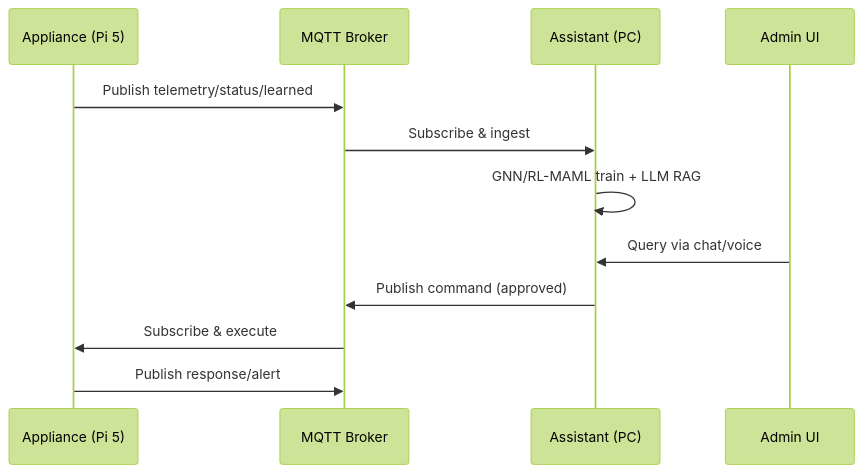
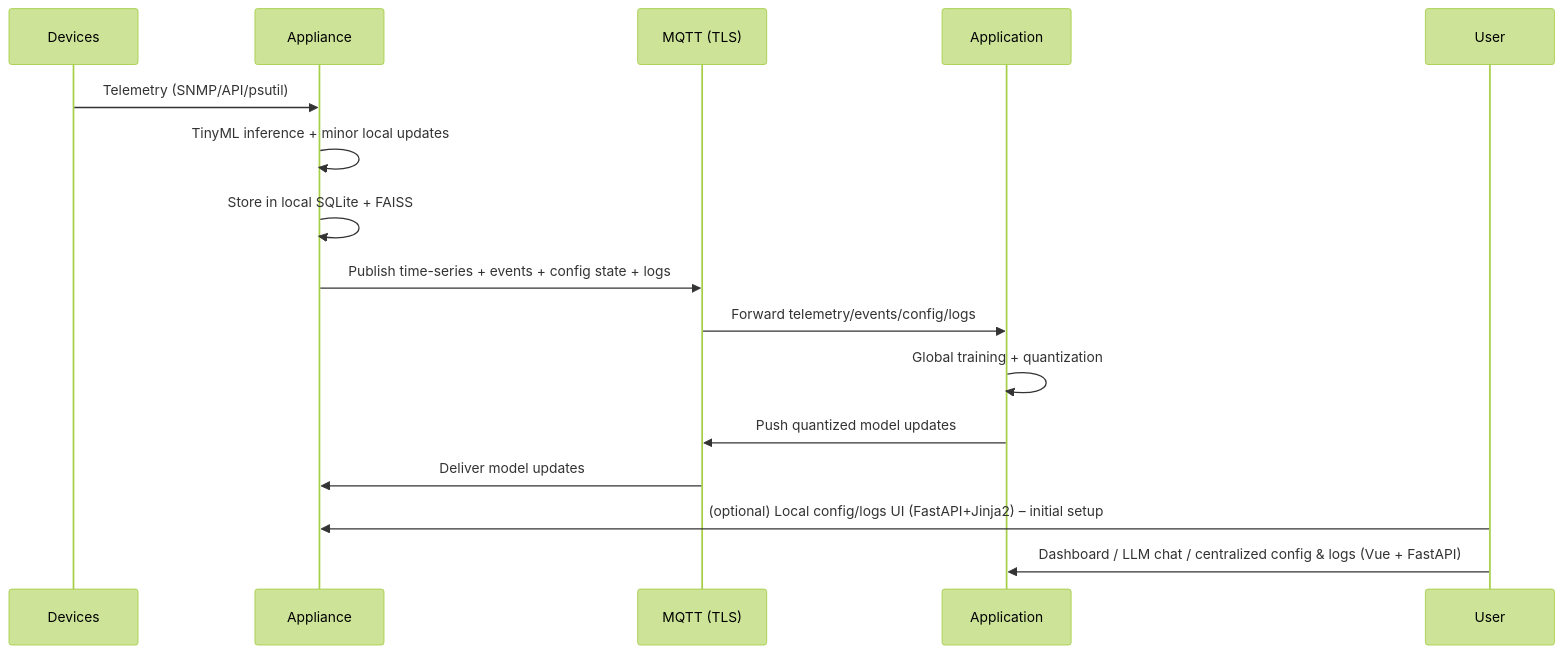
Before and after one commit to saviornt/Network-Chan: the diagram in docs/architecture.md, drawn with Mermaid (forest theme). The commit also changed other lines of this file and 35 other files, not shown here.

````diff
--- a/docs/architecture.md
+++ b/docs/architecture.md
@@ -71,15 +98,19 @@
 ```mermaid
 sequenceDiagram
-    participant Pi as Appliance (Pi 5)
-    participant Broker as MQTT Broker
-    participant PC as Assistant (PC)
-    participant User as Admin UI
+    participant Devices
+    participant Appliance
+    participant Broker as MQTT (TLS)
+    participant Application
+    participant User
 
-    Pi->>Broker: Publish telemetry/status/learned
-    Broker->>PC: Subscribe & ingest
-    PC->>PC: GNN/RL-MAML train + LLM RAG
-    User->>PC: Query via chat/voice
-    PC->>Broker: Publish command (approved)
-    Broker->>Pi: Subscribe & execute
-    Pi->>Broker: Publish response/alert
+    Devices->>Appliance: Telemetry (SNMP/API/psutil)
+    Appliance->>Appliance: TinyML inference + minor local updates
+    Appliance->>Appliance: Store in local SQLite + FAISS
+    Appliance->>Broker: Publish time-series + events + config state + logs
+    Broker->>Application: Forward telemetry/events/config/logs
+    Application->>Application: Global training + quantization
+    Application->>Broker: Push quantized model updates
+    Broker->>Appliance: Deliver model updates
+    User->>Appliance: (optional) Local config/logs UI (FastAPI+Jinja2) – initial setup
+    User->>Application: Dashboard / LLM chat / centralized config & logs (Vue + FastAPI)
 ```
````
